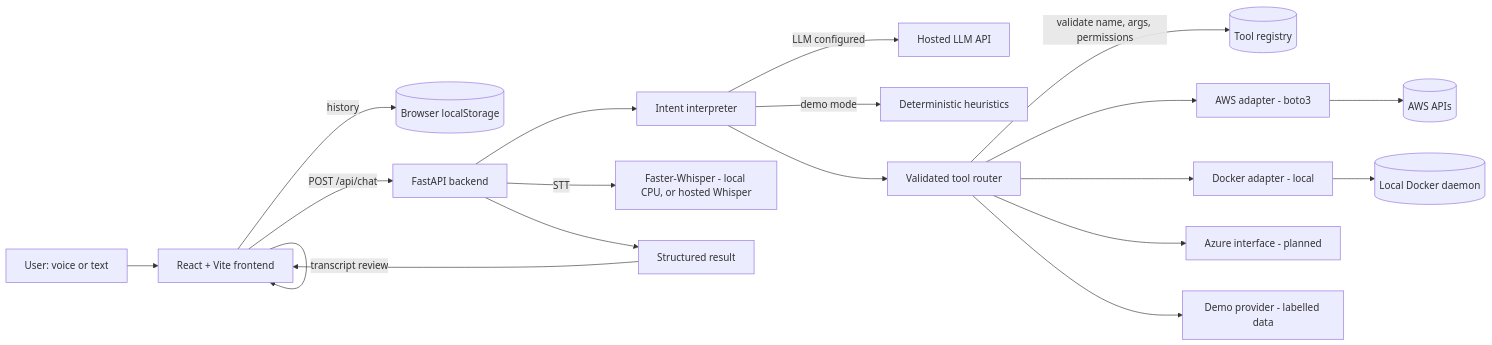
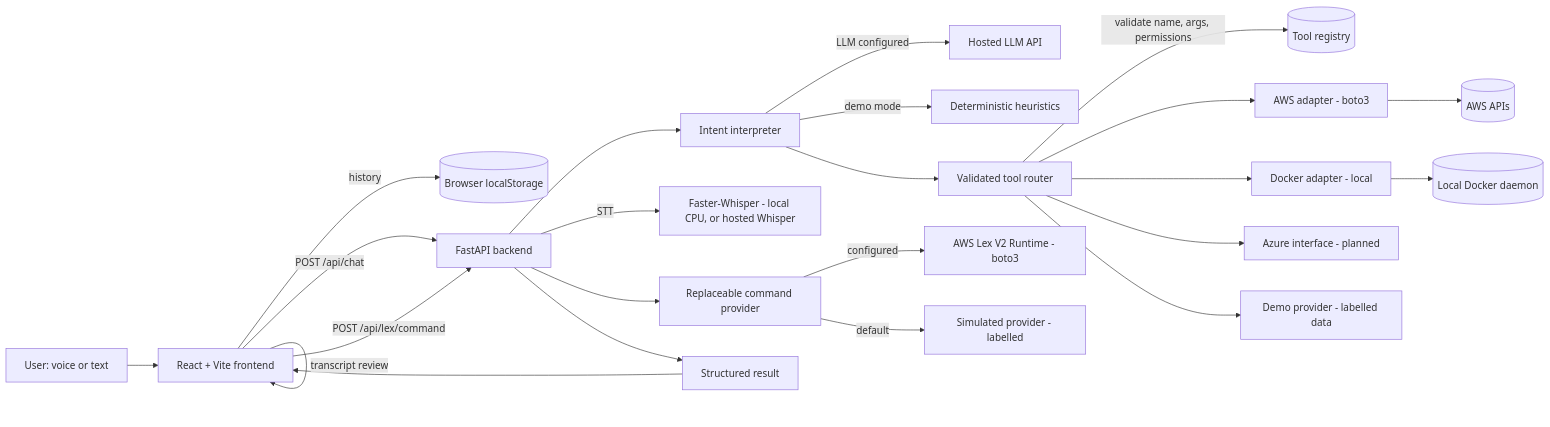
Before and after one commit to Vicky404-git/Synthia: the first of 2 diagrams in README.md, drawn with Mermaid. The commit also changed other lines of this file and 24 other files, not shown here.

Commit message:
feat(voice): add AWS Lex V2 voice command provider

````diff
--- a/README.md
+++ b/README.md
@@ -80,25 +80,29 @@
 ```mermaid
 flowchart LR
     U[User: voice or text] --> FE[React + Vite frontend]
     FE -->|transcript review| FE
     FE -->|history| LS[(Browser localStorage)]
     FE -->|POST /api/chat| API[FastAPI backend]
+    FE -->|POST /api/lex/command| API
 
     API --> INT[Intent interpreter]
     INT -->|LLM configured| LLM[Hosted LLM API]
     INT -->|demo mode| HEU[Deterministic heuristics]
 
     INT --> ROUTER[Validated tool router]
     ROUTER -->|validate name, args, permissions| REG[(Tool registry)]
     ROUTER --> AWS[AWS adapter - boto3]
     ROUTER --> DOC[Docker adapter - local]
     ROUTER --> AZ[Azure interface - planned]
     ROUTER --> DEMO[Demo provider - labelled data]
 
     AWS --> AWSAPI[(AWS APIs)]
     DOC --> DD[(Local Docker daemon)]
 
     API -->|STT| STT[Faster-Whisper - local CPU, or hosted Whisper]
+    API --> CMD[Replaceable command provider]
+    CMD -->|configured| LEX[AWS Lex V2 Runtime - boto3]
+    CMD -->|default| SIM[Simulated provider - labelled]
     API --> RESULT[Structured result]
     RESULT --> FE
 ```
````
